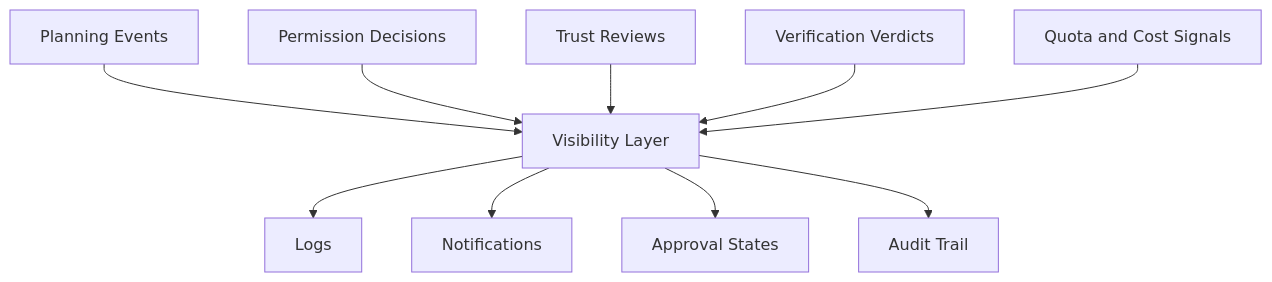
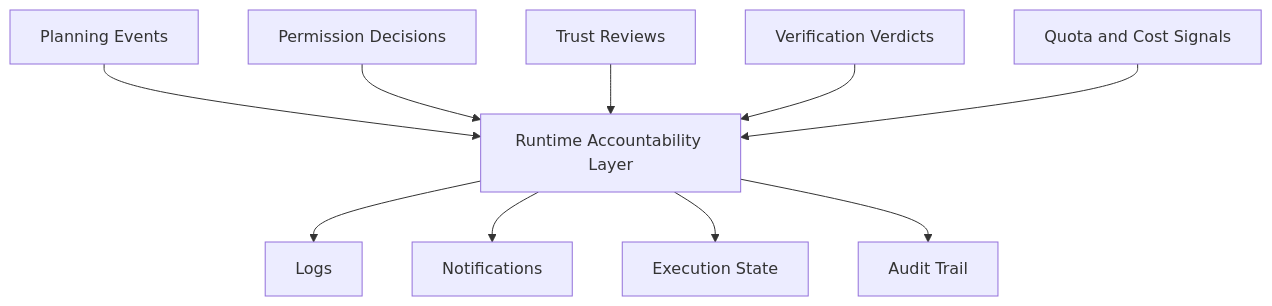
Before and after one commit to nnennandukwe/governed-agent-autonomy-patterns: the sixth of 7 diagrams in docs/diagrams.md, drawn with Mermaid. The commit also changed other lines of this file and 8 other files, not shown here.

````diff
--- a/docs/diagrams.md
+++ b/docs/diagrams.md
@@ -99,13 +99,13 @@
 ```mermaid
 flowchart TD
-  P["Planning Events"] --> V["Visibility Layer"]
+  P["Planning Events"] --> V["Runtime Accountability Layer"]
   G["Permission Decisions"] --> V
   T["Trust Reviews"] --> V
   R["Verification Verdicts"] --> V
   Q["Quota and Cost Signals"] --> V
 
   V --> L["Logs"]
   V --> N["Notifications"]
-  V --> S["Approval States"]
+  V --> S["Execution State"]
   V --> A["Audit Trail"]
 ```
````
